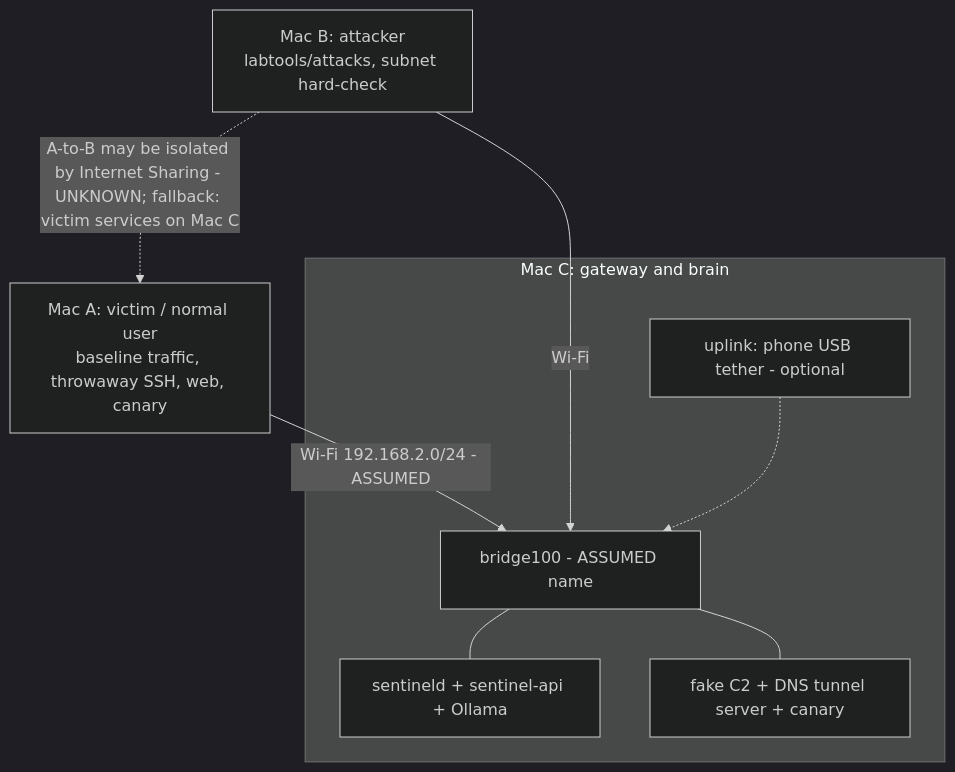
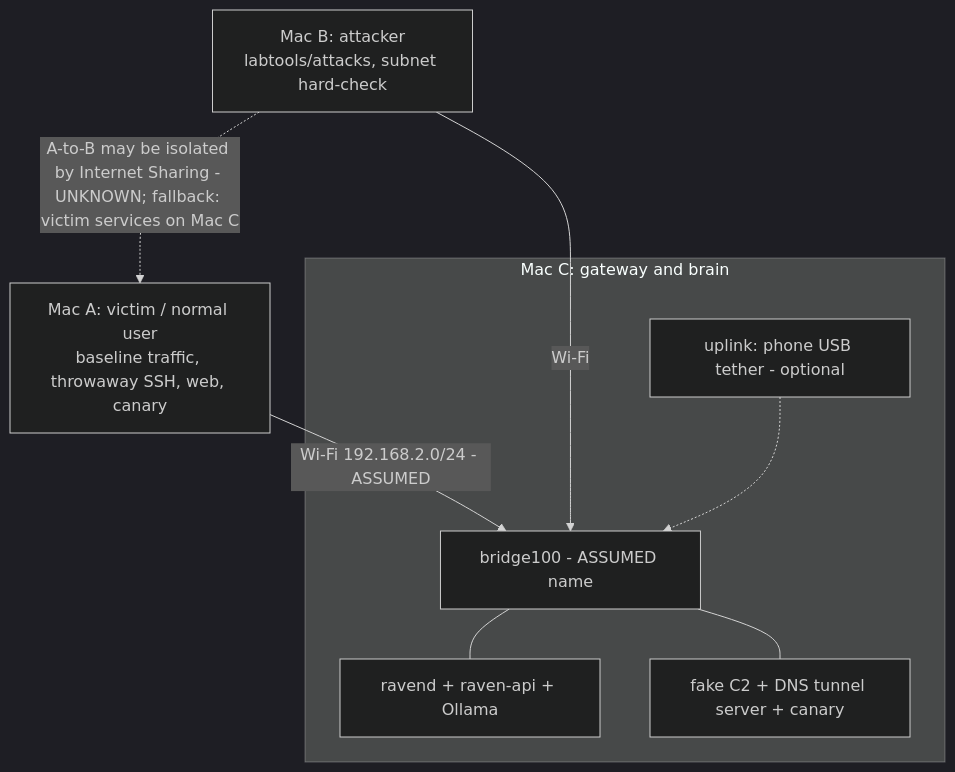
The diagram in docs/diagrams/02-network-topology.mmd (MRX-72/Hackt0b3r), drawn with Mermaid (dark theme) before and after one commit. The commit also changed 156 other files, not shown here.

```diff
--- a/docs/diagrams/02-network-topology.mmd
+++ b/docs/diagrams/02-network-topology.mmd
@@ -1,16 +1,16 @@
 %% 02 Network topology (interface name and subnet are ASSUMED until spikes/spike_bridge.sh is run)
 flowchart TB
   subgraph macC[Mac C: gateway and brain]
     uplink[uplink: phone USB tether - optional]
     bridge[bridge100 - ASSUMED name]
-    sentinelC[sentineld + sentinel-api + Ollama]
+    ravenC[ravend + raven-api + Ollama]
     c2[fake C2 + DNS tunnel server + canary]
   end
   macA[Mac A: victim / normal user<br/>baseline traffic, throwaway SSH, web, canary]
   macB[Mac B: attacker<br/>labtools/attacks, subnet hard-check]
   macA -- "Wi-Fi 192.168.2.0/24 - ASSUMED" --> bridge
   macB -- "Wi-Fi" --> bridge
-  bridge --- sentinelC
+  bridge --- ravenC
   bridge --- c2
   uplink -.-> bridge
   macB -. "A-to-B may be isolated by Internet Sharing - UNKNOWN; fallback: victim services on Mac C" .-> macA
```
